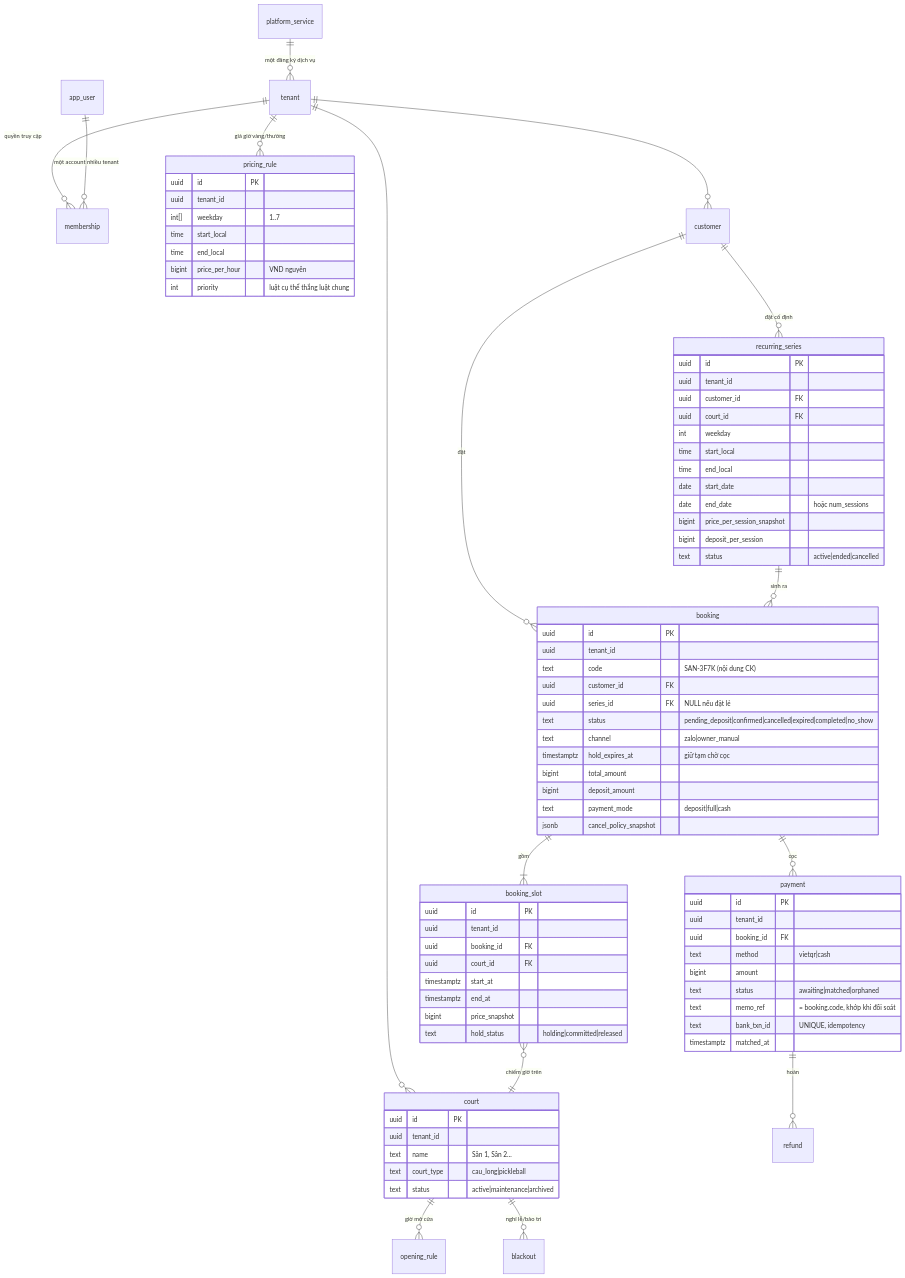
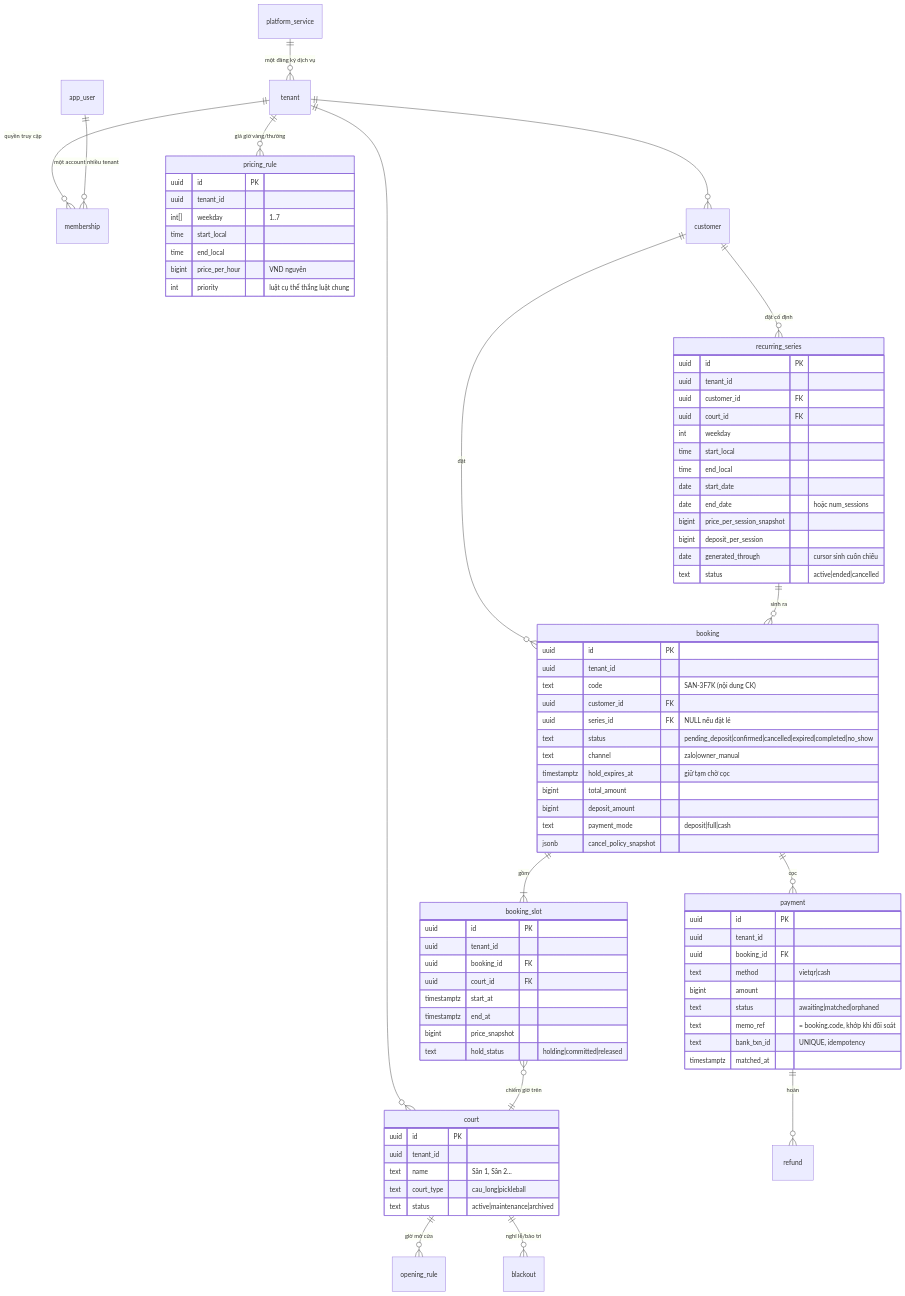
One commit to leminhnhutphpwp/saasbooking changed the diagram in docs/06-erd.md. Above: the diagram before and after it, drawn with Mermaid. The commit also changed other lines of this file and 8 other files, not shown here.

Commit message:
fix: align schema config and architecture docs

```diff
--- a/docs/06-erd.md
+++ b/docs/06-erd.md
@@ -72,6 +72,7 @@
         date end_date "hoặc num_sessions"
         bigint price_per_session_snapshot
         bigint deposit_per_session
+        date generated_through "cursor sinh cuốn chiếu"
         text status "active|ended|cancelled"
     }
     booking {
```
